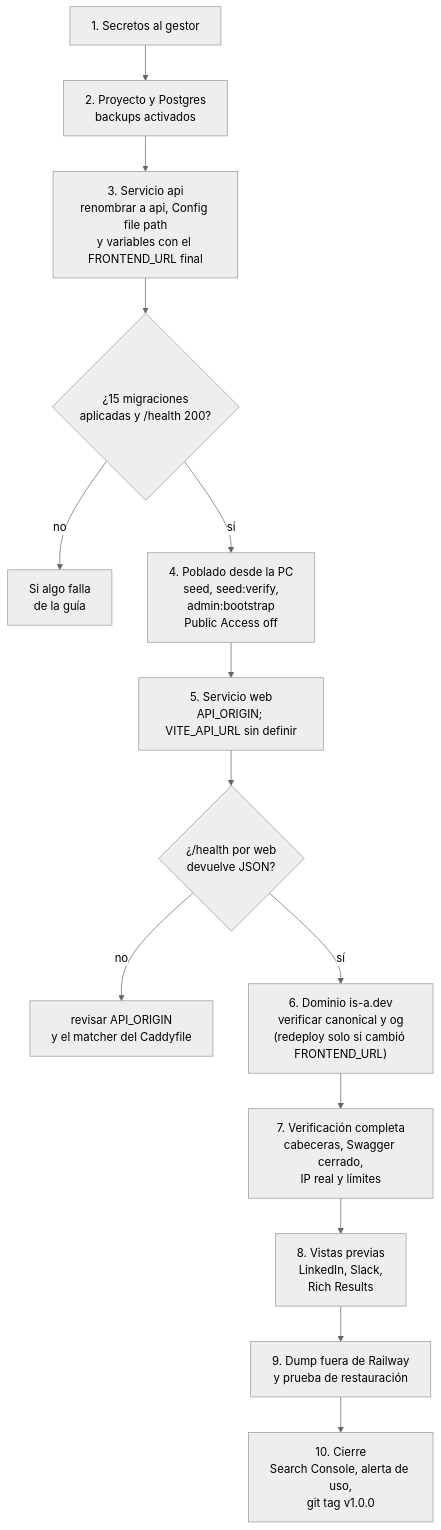
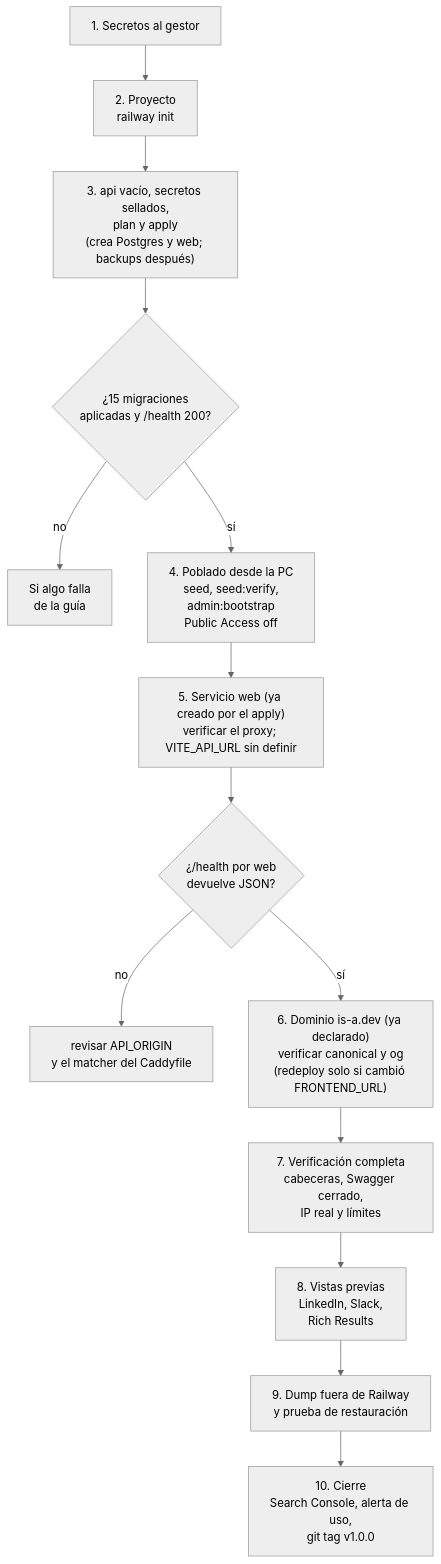
One commit to Professional-and-Personal-Branding/portfolio-msaavedra changed diagram 11 of 11 in docs/DEPLOY-ARCHITECTURE.md. Above: the diagram before and after it, drawn with Mermaid (neutral theme). The commit also changed other lines of this file and 10 other files, not shown here.

First line of the commit message:
docs(deploy): guías de Railway con IaC, Postgres 18 y decisiones P1 a P5

````diff
--- a/docs/DEPLOY-ARCHITECTURE.md
+++ b/docs/DEPLOY-ARCHITECTURE.md
@@ -416,16 +416,16 @@
 ```mermaid
 flowchart TD
-  S1["1. Secretos al gestor"] --> S2["2. Proyecto y Postgres<br/>backups activados"]
-  S2 --> S3["3. Servicio api<br/>renombrar a api, Config file path<br/>y variables con el FRONTEND_URL final"]
+  S1["1. Secretos al gestor"] --> S2["2. Proyecto<br/>railway init"]
+  S2 --> S3["3. api vacío, secretos sellados,<br/>plan y apply<br/>(crea Postgres y web; backups después)"]
   S3 --> S3v{"¿15 migraciones<br/>aplicadas y /health 200?"}
   S3v -->|no| S3f["Si algo falla<br/>de la guía"]
   S3v -->|sí| S4["4. Poblado desde la PC<br/>seed, seed:verify,<br/>admin:bootstrap<br/>Public Access off"]
-  S4 --> S5["5. Servicio web<br/>API_ORIGIN; VITE_API_URL sin definir"]
+  S4 --> S5["5. Servicio web (ya creado por el apply)<br/>verificar el proxy; VITE_API_URL sin definir"]
   S5 --> S5v{"¿/health por web<br/>devuelve JSON?"}
   S5v -->|no| S5f["revisar API_ORIGIN<br/>y el matcher del Caddyfile"]
-  S5v -->|sí| S6["6. Dominio is-a.dev<br/>verificar canonical y og<br/>(redeploy solo si cambió FRONTEND_URL)"]
+  S5v -->|sí| S6["6. Dominio is-a.dev (ya declarado)<br/>verificar canonical y og<br/>(redeploy solo si cambió FRONTEND_URL)"]
   S6 --> S7["7. Verificación completa<br/>cabeceras, Swagger cerrado,<br/>IP real y límites"]
   S7 --> S8["8. Vistas previas<br/>LinkedIn, Slack,<br/>Rich Results"]
   S8 --> S9["9. Dump fuera de Railway<br/>y prueba de restauración"]
   S9 --> S10["10. Cierre<br/>Search Console, alerta de uso,<br/>git tag v1.0.0"]
 ```
````
